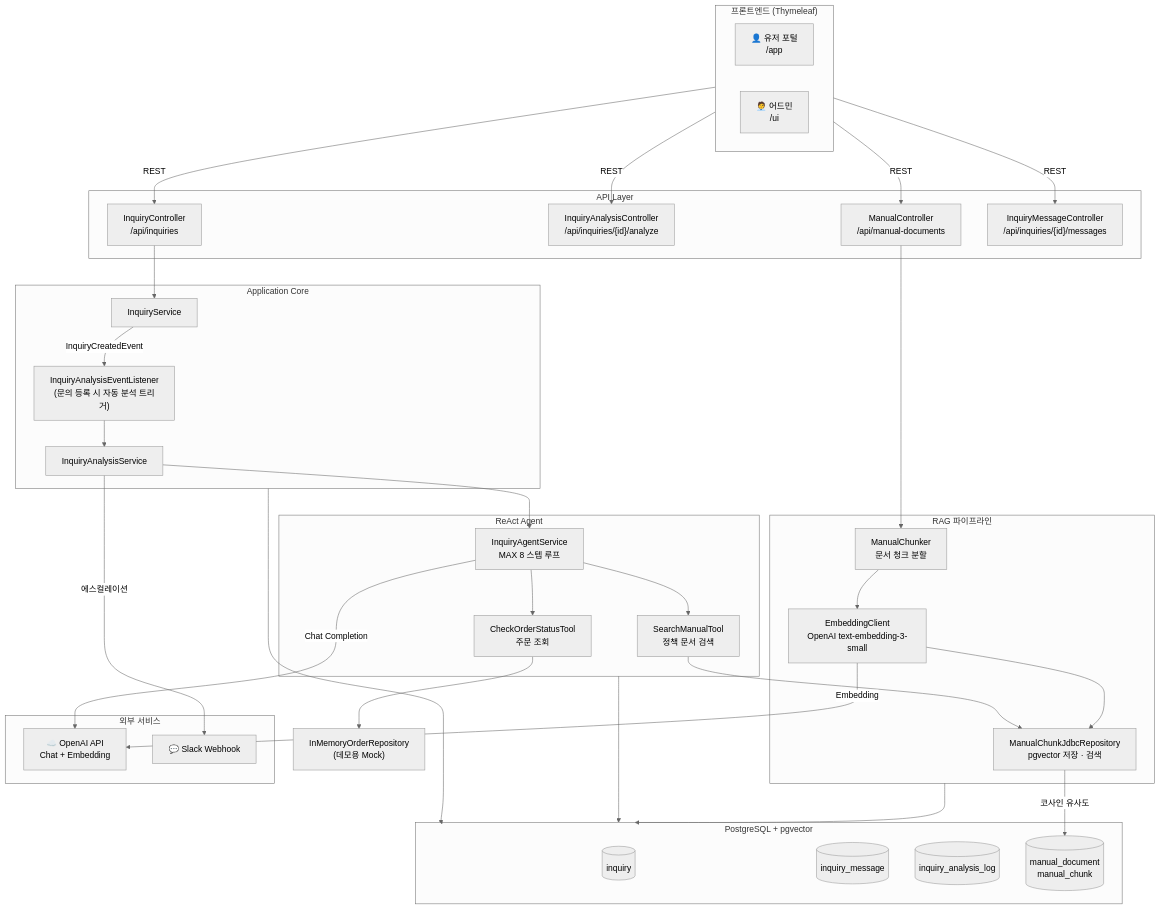
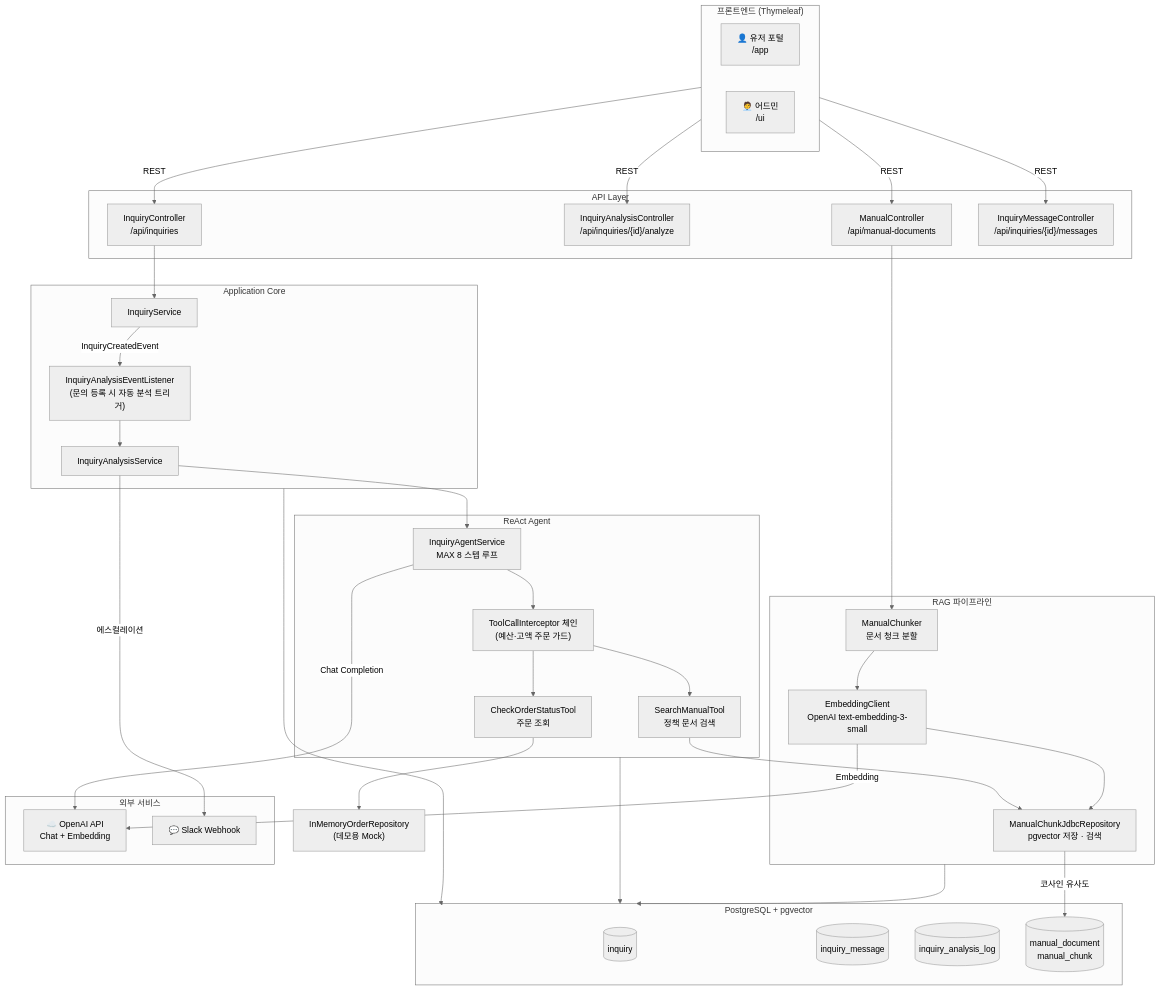
Before and after one commit to hanbonghun/ai-cs-assistant: the first of 4 diagrams in README.md, drawn with Mermaid (neutral theme). The commit also changed other lines of this file and 9 other files, not shown here.

````diff
--- a/README.md
+++ b/README.md
@@ -25,61 +25,62 @@
 ```mermaid
 flowchart TB
     subgraph UI["프론트엔드 (Thymeleaf)"]
         direction LR
         UserUI["👤 유저 포털\n/app"]
         AdminUI["🧑‍💼 어드민\n/ui"]
     end
 
     subgraph API["API Layer"]
         InquiryAPI["InquiryController\n/api/inquiries"]
         AnalysisAPI["InquiryAnalysisController\n/api/inquiries/{id}/analyze"]
         ManualAPI["ManualController\n/api/manual-documents"]
         MessageAPI["InquiryMessageController\n/api/inquiries/{id}/messages"]
     end
 
     subgraph Core["Application Core"]
         InquiryService["InquiryService"]
         EventListener["InquiryAnalysisEventListener\n(문의 등록 시 자동 분석 트리거)"]
         AnalysisService["InquiryAnalysisService"]
     end
 
     subgraph Agent["ReAct Agent"]
         AgentLoop["InquiryAgentService\nMAX 8 스텝 루프"]
+        Interceptors["ToolCallInterceptor 체인\n(예산·고액 주문 가드)"]
         SearchTool["SearchManualTool\n정책 문서 검색"]
         OrderTool["CheckOrderStatusTool\n주문 조회"]
     end
 
     subgraph RAG["RAG 파이프라인"]
         Chunker["ManualChunker\n문서 청크 분할"]
         EmbedClient["EmbeddingClient\nOpenAI text-embedding-3-small"]
         VectorRepo["ManualChunkJdbcRepository\npgvector 저장 · 검색"]
     end
 
     subgraph DB["PostgreSQL + pgvector"]
         T1[("inquiry")]
         T2[("inquiry_message")]
         T3[("inquiry_analysis_log")]
         T4[("manual_document\nmanual_chunk")]
     end
 
     subgraph External["외부 서비스"]
         OpenAI["☁️ OpenAI API\nChat + Embedding"]
         Slack["💬 Slack Webhook"]
     end
 
     UserUI -->|REST| InquiryAPI & MessageAPI
     AdminUI -->|REST| AnalysisAPI & ManualAPI
     InquiryAPI --> InquiryService
     InquiryService -->|InquiryCreatedEvent| EventListener
     EventListener --> AnalysisService
     AnalysisService --> AgentLoop
-    AgentLoop --> SearchTool & OrderTool
+    AgentLoop --> Interceptors --> SearchTool & OrderTool
     SearchTool --> VectorRepo
     OrderTool --> InMemoryOrder["InMemoryOrderRepository\n(데모용 Mock)"]
     VectorRepo -->|코사인 유사도| T4
     AgentLoop -->|Chat Completion| OpenAI
     ManualAPI --> Chunker --> EmbedClient --> VectorRepo
     EmbedClient -->|Embedding| OpenAI
     AnalysisService -->|에스컬레이션| Slack
     Core & Agent & RAG --> DB
 ```
````
